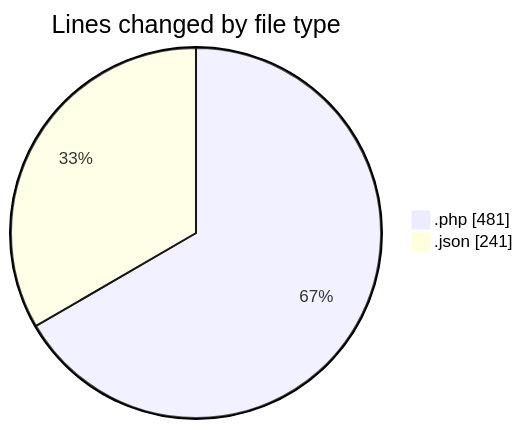
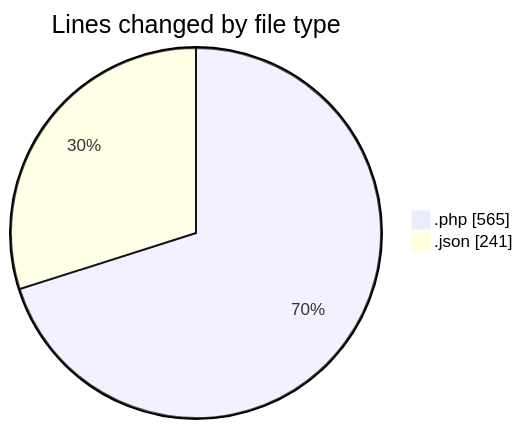
One commit to idhammustaqopulfikri/code-tracking changed the first of 2 diagrams in 2025-03-28/autodidak/README.md. Above: the diagram before and after it, drawn with Mermaid. The commit also changed other lines of this file and 1 other file, not shown here.

````diff
--- a/2025-03-28/autodidak/README.md
+++ b/2025-03-28/autodidak/README.md
@@ -24,6 +25,6 @@
 ```mermaid
 pie showData
 title Lines changed by file type
-".php" : 481
+".php" : 565
 ".json" : 241
 ```
````
